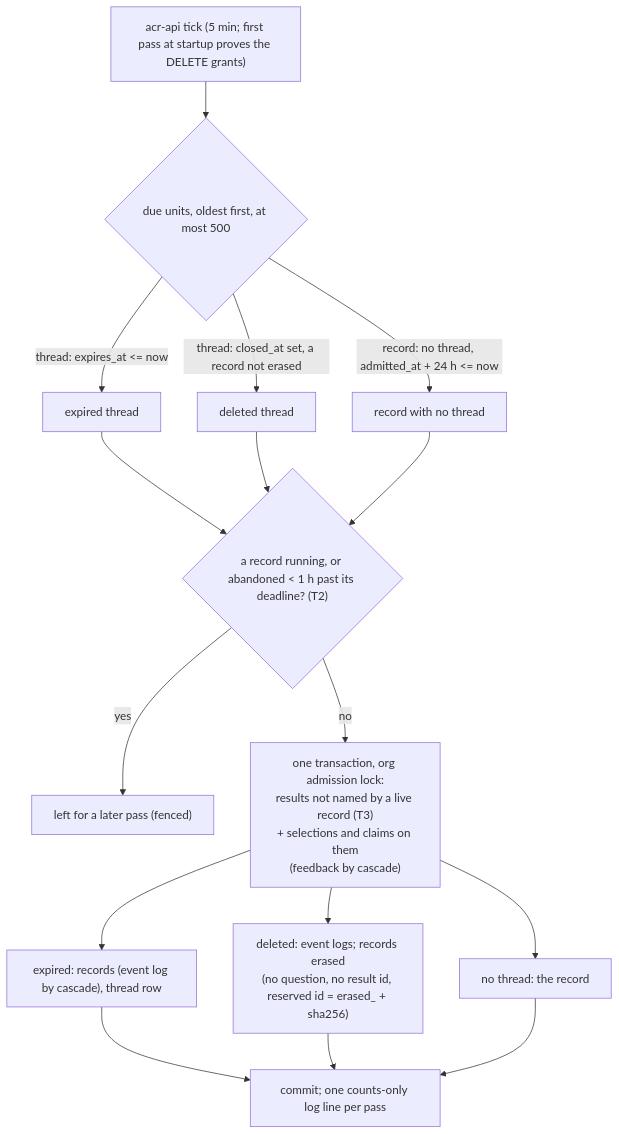
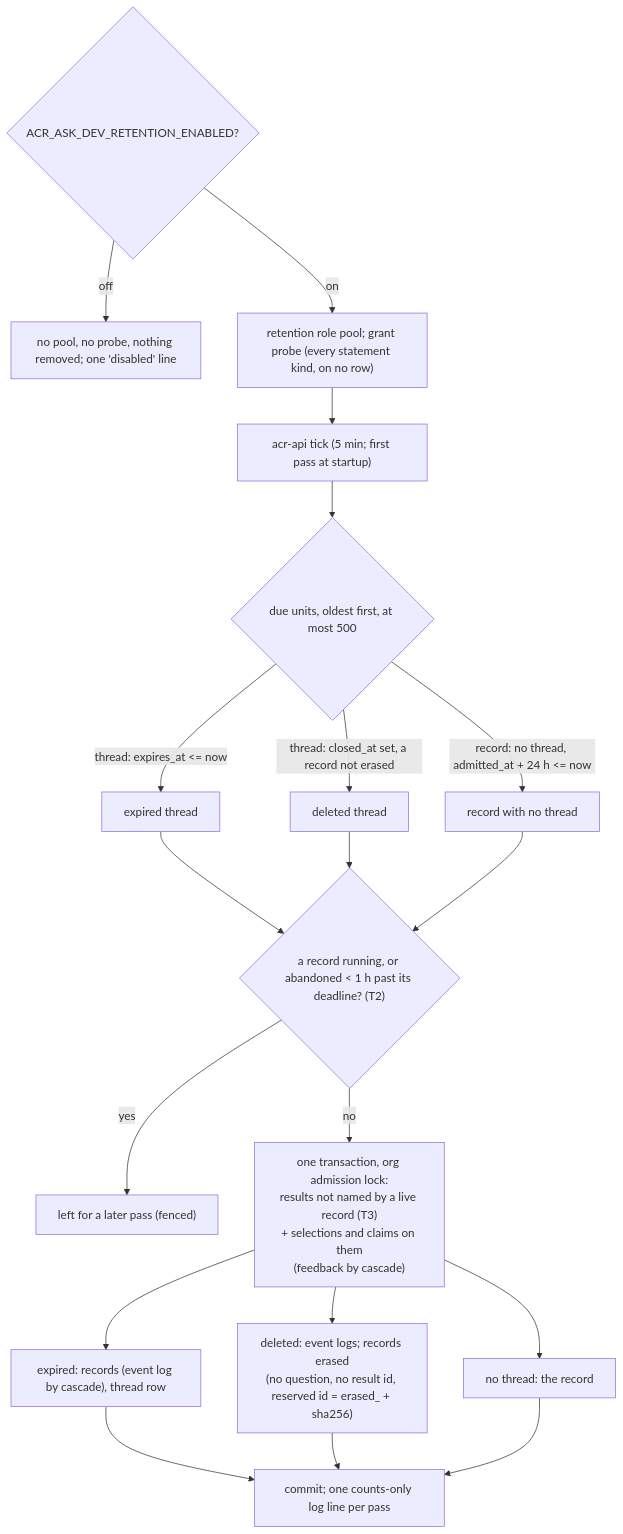
Before and after one commit to full-chaos/dev-health-acr: diagram 36 of 36 in docs/design/context-fabric-architecture-diagrams.md, drawn with Mermaid. The commit also changed other lines of this file and 45 other files, not shown here.

Commit message:
Put Ask Dev retention behind one switch and run it as its own role

````diff
--- a/docs/design/context-fabric-architecture-diagrams.md
+++ b/docs/design/context-fabric-architecture-diagrams.md
@@ -3700,18 +3702,21 @@
 ```mermaid
 flowchart TD
-  T["acr-api tick (5 min; first pass at startup proves the DELETE grants)"] --> D{"due units, oldest first, at most 500"}
+  S{"ACR_ASK_DEV_RETENTION_ENABLED?"} -->|off| O["no pool, no probe, nothing removed; one 'disabled' line"]
+  S -->|on| P["retention role pool; grant probe (every statement kind, on no row)"]
+  P --> T["acr-api tick (5 min; first pass at startup)"]
+  T --> D{"due units, oldest first, at most 500"}
   D -->|"thread: expires_at <= now"| X["expired thread"]
   D -->|"thread: closed_at set, a record not erased"| C["deleted thread"]
   D -->|"record: no thread, admitted_at + 24 h <= now"| L["record with no thread"]
   X --> F{"a record running, or abandoned < 1 h past its deadline? (T2)"}
   C --> F
   L --> F
   F -->|yes| K["left for a later pass (fenced)"]
   F -->|no| R["one transaction, org admission lock:<br/>results not named by a live record (T3)<br/>+ selections and claims on them<br/>(feedback by cascade)"]
   R --> X2["expired: records (event log by cascade), thread row"]
   R --> C2["deleted: event logs; records erased<br/>(no question, no result id, reserved id = erased_ + sha256)"]
   R --> L2["no thread: the record"]
   X2 --> E["commit; one counts-only log line per pass"]
   C2 --> E
   L2 --> E
 ```
````
